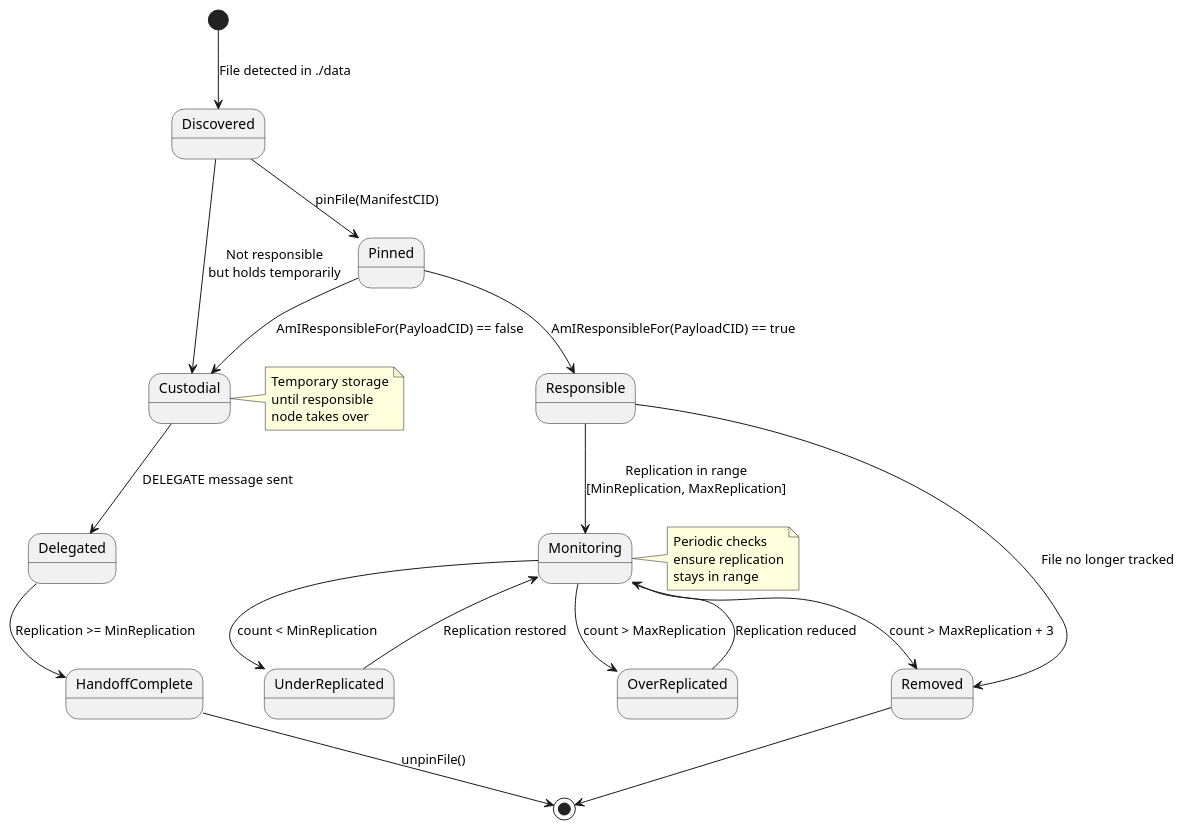
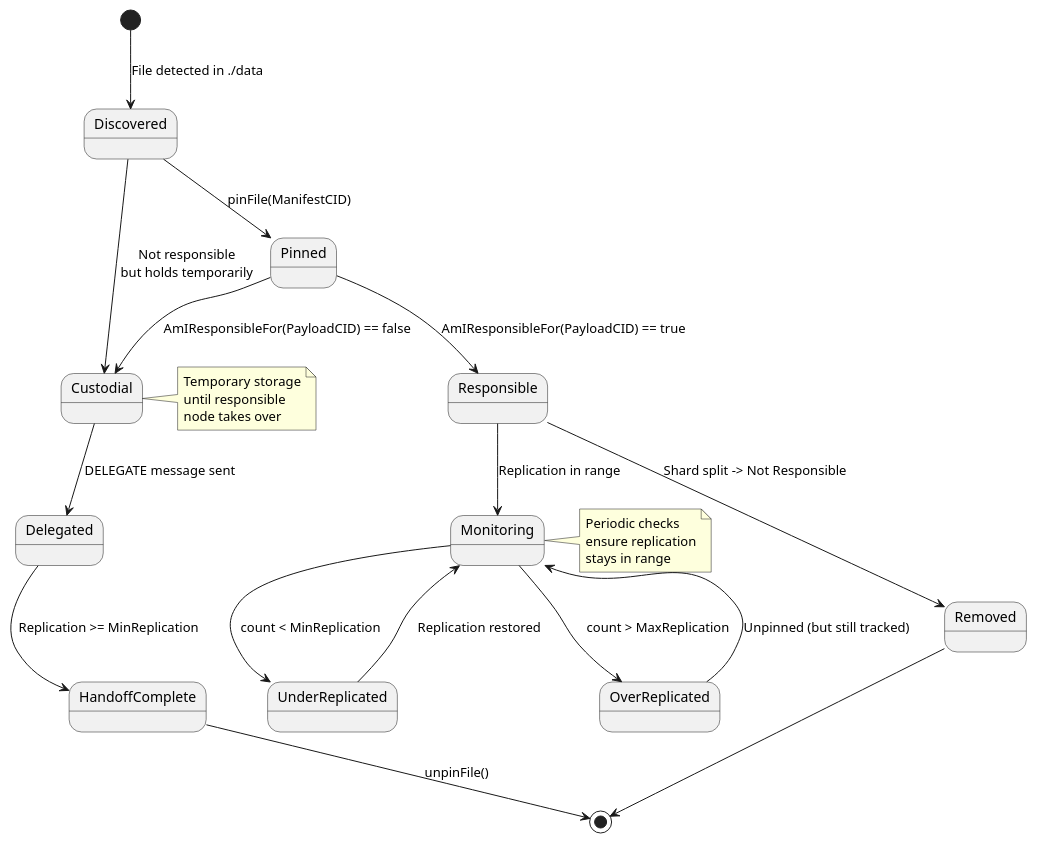
The diagram in docs/file_lifecycle_state.puml (gipplab/D-LOCKSS), drawn with PlantUML before and after one commit. The commit also changed 32 other files, not shown here.

```diff
--- a/docs/file_lifecycle_state.puml
+++ b/docs/file_lifecycle_state.puml
@@ -1,38 +1,37 @@
 @startuml File Lifecycle State Diagram
 
 [*] --> Discovered: File detected in ./data
 
 Discovered --> Pinned: pinFile(ManifestCID)
 Discovered --> Custodial: Not responsible\nbut holds temporarily
 
 Pinned --> Responsible: AmIResponsibleFor(PayloadCID) == true
 Pinned --> Custodial: AmIResponsibleFor(PayloadCID) == false
 
 Custodial --> Delegated: DELEGATE message sent
 Delegated --> HandoffComplete: Replication >= MinReplication
 HandoffComplete --> [*]: unpinFile()
 
-Responsible --> Monitoring: Replication in range\n[MinReplication, MaxReplication]
+Responsible --> Monitoring: Replication in range
 Monitoring --> UnderReplicated: count < MinReplication
 Monitoring --> OverReplicated: count > MaxReplication
-Monitoring --> Removed: count > MaxReplication + 3
 
 UnderReplicated --> Monitoring: Replication restored
-OverReplicated --> Monitoring: Replication reduced
+OverReplicated --> Monitoring: Unpinned (but still tracked)
 
-Responsible --> Removed: File no longer tracked
+Responsible --> Removed: Shard split -> Not Responsible
 Removed --> [*]
 
 note right of Custodial
     Temporary storage
     until responsible
     node takes over
 end note
 
 note right of Monitoring
     Periodic checks
     ensure replication
     stays in range
 end note
 
 @enduml
```
